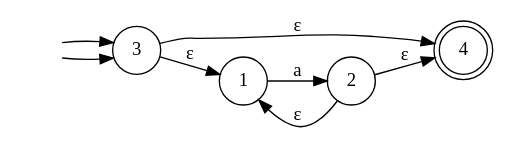
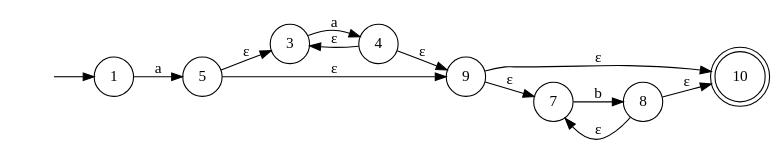
The diagram in automata.gv (donmatthiuz/Laboratorios_Teoria_Computacion-), drawn with Graphviz before and after one commit. The commit also changed 3 other files, not shown here.

```diff
--- a/automata.gv
+++ b/automata.gv
@@ -1,15 +1,19 @@
 digraph finite_state_machine {
 	rankdir=LR size="8,5"
 	node [shape=doublecircle]
-	4
+	10
 	node [shape=circle]
 	"" [style=invis]
-	"" -> 3
-	3 -> 1 [label="ε"]
-	2 -> 1 [label="ε"]
-	2 -> 4 [label="ε"]
-	"" [style=invis]
-	"" -> 3
-	3 -> 4 [label="ε"]
-	1 -> 2 [label=a]
+	"" -> 1
+	1 -> 5 [label=a]
+	5 -> 3 [label="ε"]
+	4 -> 3 [label="ε"]
+	4 -> 9 [label="ε"]
+	5 -> 9 [label="ε"]
+	3 -> 4 [label=a]
+	9 -> 7 [label="ε"]
+	8 -> 7 [label="ε"]
+	8 -> 10 [label="ε"]
+	9 -> 10 [label="ε"]
+	7 -> 8 [label=b]
 }
```
